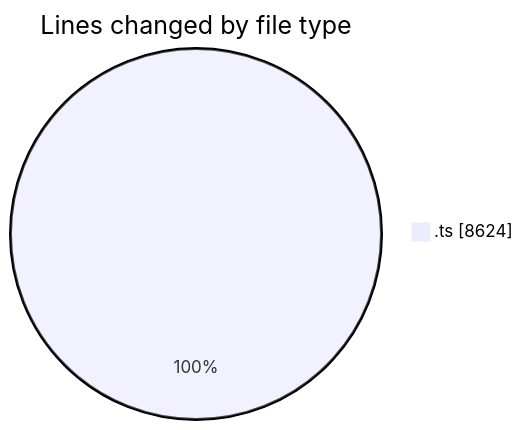
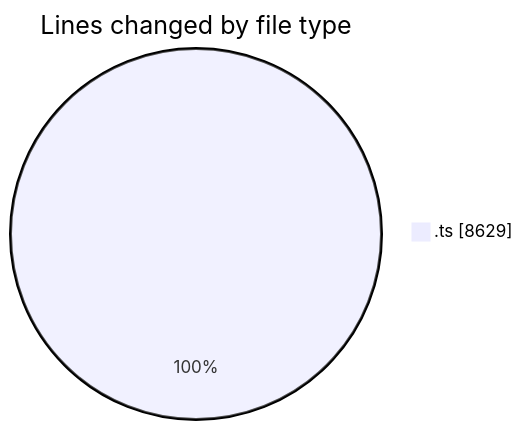
One commit to momahboobian/code-tracking changed the first of 2 diagrams in 2025-10-23/cda/README.md. Above: the diagram before and after it, drawn with Mermaid. The commit also changed other lines of this file and 1 other file, not shown here.

````diff
--- a/2025-10-23/cda/README.md
+++ b/2025-10-23/cda/README.md
@@ -26,5 +26,5 @@
 ```mermaid
 pie showData
 title Lines changed by file type
-".ts" : 8624
+".ts" : 8629
 ```
````
